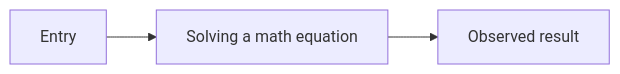
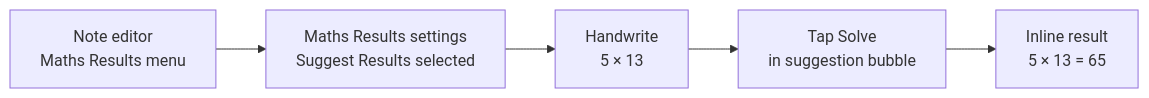
The diagram in docs/apple-notes/flows/solving-a-math-equation/README.md (Dev-Corgi/Notes-Clone), drawn with Mermaid before and after one commit. The commit also changed other lines of this file and 5 other files, not shown here.

Commit message:
docs: verify solving math equation flow

````diff
--- a/docs/apple-notes/flows/solving-a-math-equation/README.md
+++ b/docs/apple-notes/flows/solving-a-math-equation/README.md
@@ -9,5 +10,7 @@
 ```mermaid
 flowchart LR
-  A[Entry] --> B[Solving a math equation]
-  B --> C[Observed result]
+  A[Note editor<br/>Maths Results menu] --> B[Maths Results settings<br/>Suggest Results selected]
+  B --> C[Handwrite<br/>5 × 13]
+  C --> D[Tap Solve<br/>in suggestion bubble]
+  D --> E[Inline result<br/>5 × 13 = 65]
 ```
````
